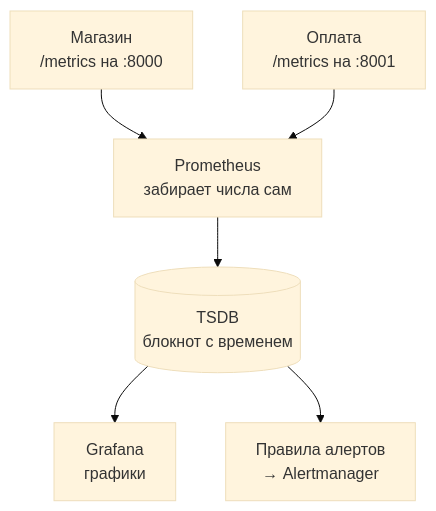
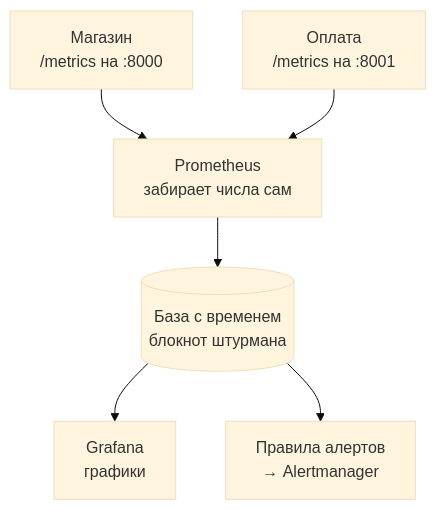
Before and after one commit to distinguished-sre/load-tester: the first of 2 diagrams in 07-observability/01-metrics-prometheus.md, drawn with Mermaid (base theme). The commit also changed other lines of this file and 6 other files, not shown here.

````diff
--- a/07-observability/01-metrics-prometheus.md
+++ b/07-observability/01-metrics-prometheus.md
@@ -32,8 +34,8 @@
 ```mermaid
 flowchart TD
     A["Магазин<br>/metrics на :8000"] --> P["Prometheus<br>забирает числа сам"]
     B["Оплата<br>/metrics на :8001"] --> P
-    P --> D[("TSDB<br>блокнот с временем")]
+    P --> D[("База с временем<br>блокнот штурмана")]
     D --> G["Grafana<br>графики"]
     D --> R["Правила алертов<br>→ Alertmanager"]
 ```
````
